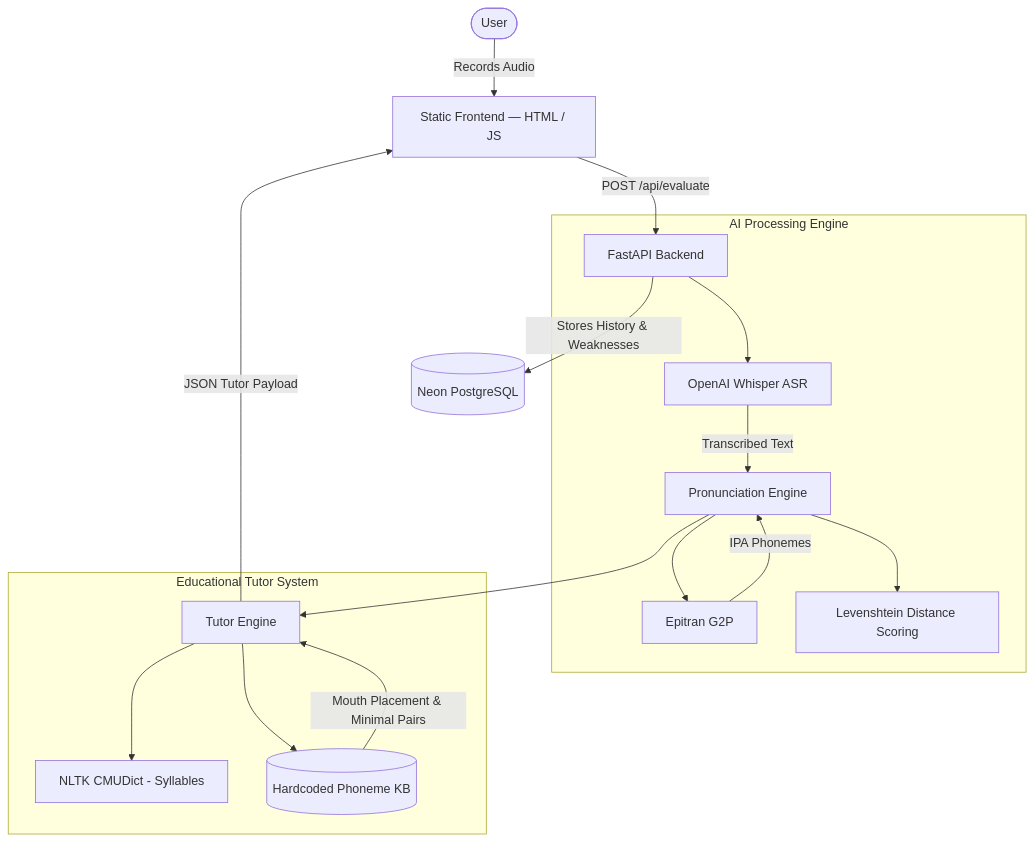
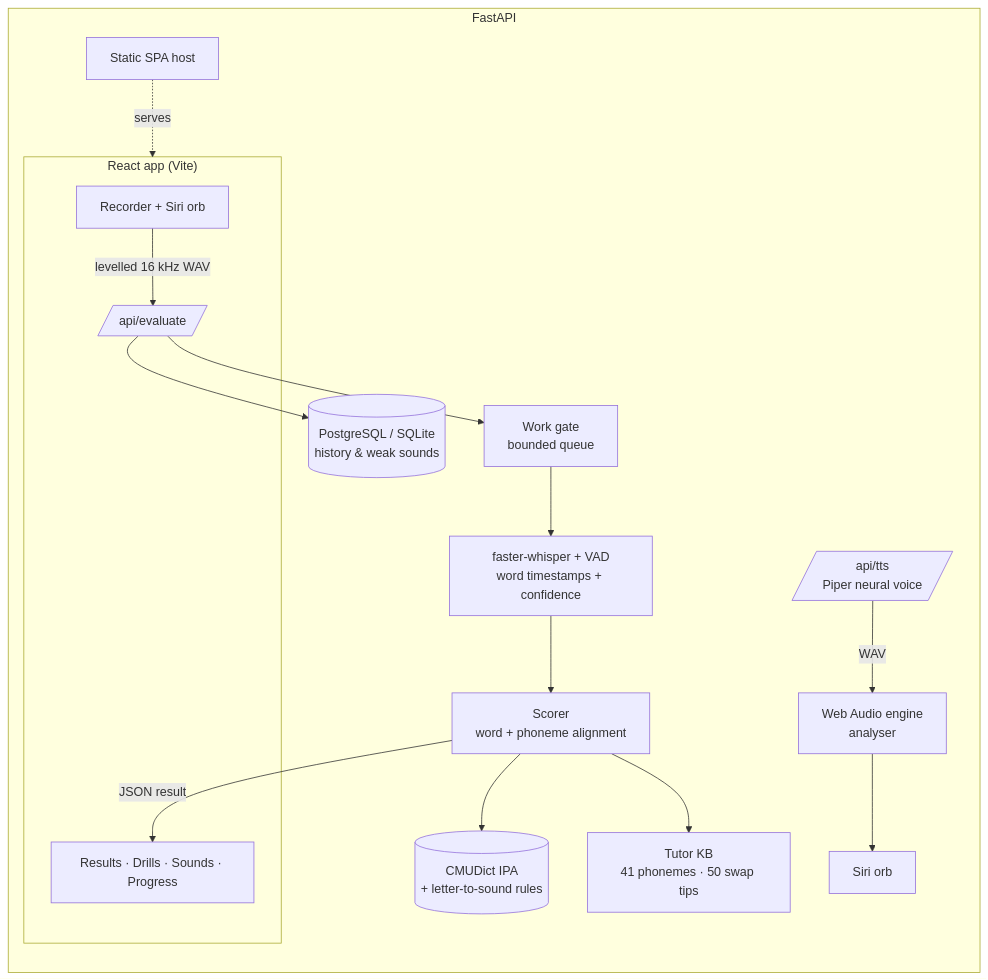
The diagram in README.md (alimehdikhan/A.I-Pronunciation-Coach), drawn with Mermaid before and after one commit. The commit also changed other lines of this file, not shown here.

Commit message:
docs: document the new architecture, profiles, monitoring and configuration

````diff
--- a/README.md
+++ b/README.md
@@ -60,23 +53,20 @@
 ```mermaid
-flowchart TD
-    User([User]) -->|Records Audio| Frontend[Static Frontend — HTML / JS]
-    Frontend -->|POST /api/evaluate| FastAPI[FastAPI Backend]
-    
-    subgraph AI Processing Engine
-        FastAPI --> Whisper[OpenAI Whisper ASR]
-        Whisper -->|Transcribed Text| Scorer[Pronunciation Engine]
-        Scorer --> Epitran[Epitran G2P]
-        Epitran -->|IPA Phonemes| Scorer
-        Scorer --> Levenshtein[Levenshtein Distance Scoring]
+flowchart LR
+    subgraph Browser["React app (Vite)"]
+        Rec[Recorder + Siri orb] -->|levelled 16 kHz WAV| API
+        UI[Results · Drills · Sounds · Progress]
     end
-    
-    subgraph Educational Tutor System
-        Scorer --> Tutor[Tutor Engine]
-        Tutor --> CMUDict[NLTK CMUDict - Syllables]
-        Tutor --> PhonemeKB[(Hardcoded Phoneme KB)]
-        PhonemeKB -->|Mouth Placement & Minimal Pairs| Tutor
+
+    subgraph Server["FastAPI"]
+        API[/api/evaluate/] --> Gate[Work gate<br/>bounded queue] --> Whisper[faster-whisper + VAD<br/>word timestamps + confidence]
+        Whisper --> Scorer[Scorer<br/>word + phoneme alignment]
+        Scorer --> CMU[(CMUDict IPA<br/>+ letter-to-sound rules)]
+        Scorer --> Tutor[Tutor KB<br/>41 phonemes · 50 swap tips]
+        TTS[/api/tts<br/>Piper neural voice/] -->|WAV| Engine
+        Engine[Web Audio engine<br/>analyser] --> Orb[Siri orb]
+        API --> DB[(PostgreSQL / SQLite<br/>history & weak sounds)]
+        Static[Static SPA host] -.serves.-> Browser
     end
-    
-    FastAPI -->|Stores History & Weaknesses| DB[(Neon PostgreSQL)]
-    Tutor -->|JSON Tutor Payload| Frontend
+
+    Scorer -->|JSON result| UI
 ```
````
